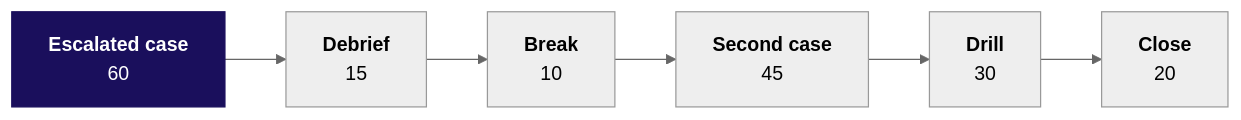
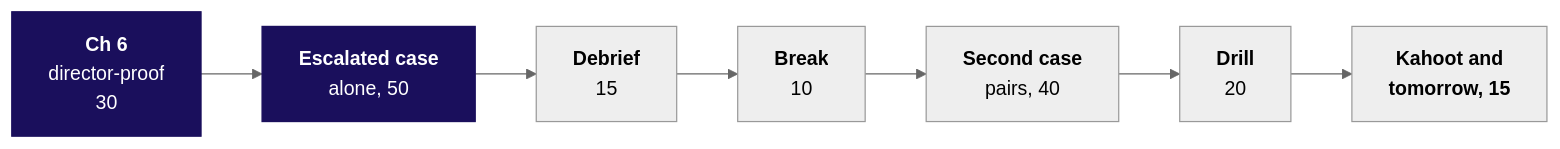
Before and after one commit to fde-academy-lab/c2-content-factory: the second of 2 diagrams in content/W02/D5/trainer/C2_W02_D05_day_sheet_TRAINER.md, drawn with Mermaid (neutral theme). The commit also changed other lines of this file, not shown here.

````diff
--- a/content/W02/D5/trainer/C2_W02_D05_day_sheet_TRAINER.md
+++ b/content/W02/D5/trainer/C2_W02_D05_day_sheet_TRAINER.md
@@ -47,6 +92,6 @@
 ```mermaid
 flowchart LR
-    E["<b>Escalated case</b><br/>60"] --> D["<b>Debrief</b><br/>15"] --> B["<b>Break</b><br/>10"] --> S["<b>Second case</b><br/>45"] --> I["<b>Drill</b><br/>30"] --> C["<b>Close</b><br/>20"]
+    C6["<b>Ch 6</b><br/>director-proof<br/>30"] --> E["<b>Escalated case</b><br/>alone, 50"] --> D["<b>Debrief</b><br/>15"] --> B["<b>Break</b><br/>10"] --> S["<b>Second case</b><br/>pairs, 40"] --> I["<b>Drill</b><br/>20"] --> K["<b>Kahoot and<br/>tomorrow, 15</b>"]
     classDef core fill:#1A0F5C,stroke:#1A0F5C,color:#FFFFFF
-    class E core
+    class C6,E core
 ```
````
